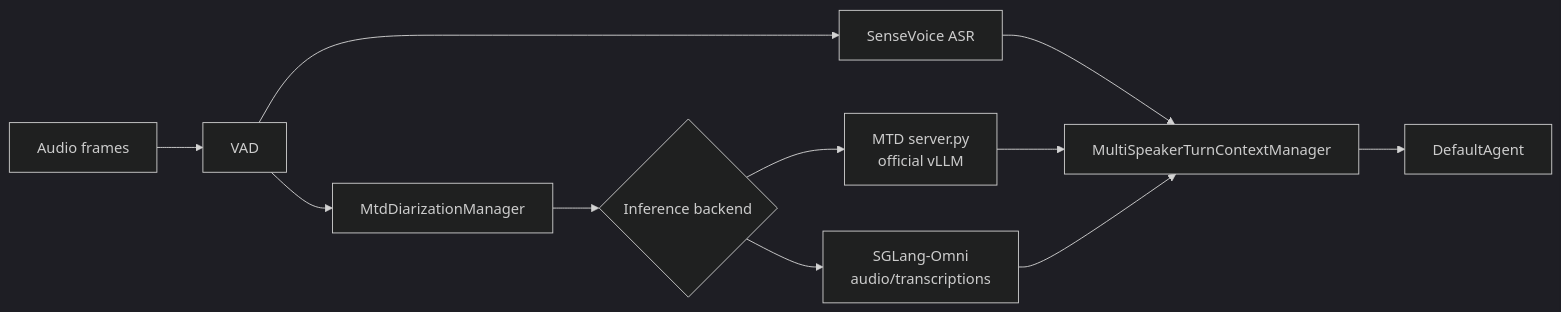
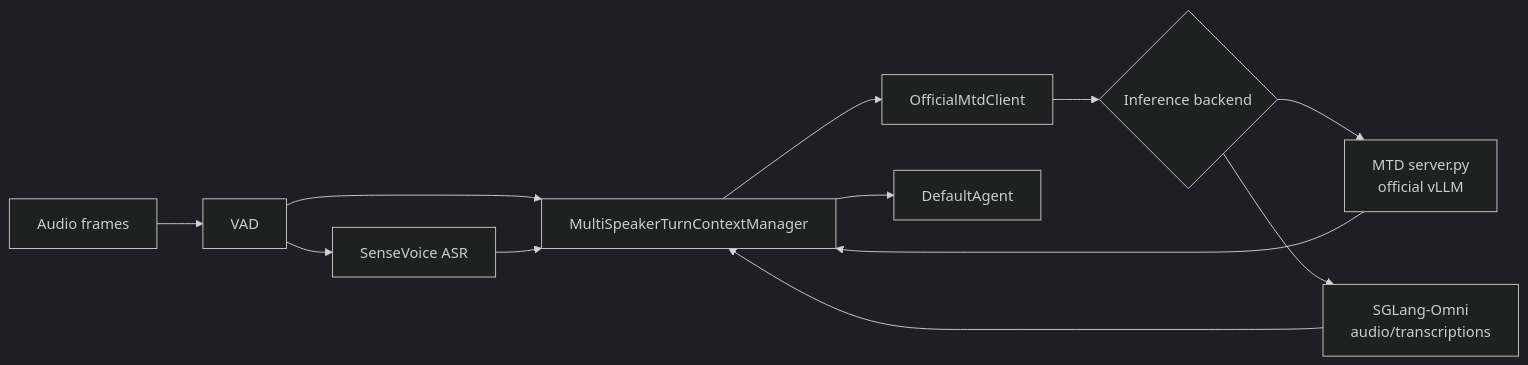
One commit to xcc-zach/xtalk changed the diagram in docs/docs/mtd_multi_speaker_quickstart.md. Above: the diagram before and after it, drawn with Mermaid (dark theme). The commit also changed other lines of this file and 1 other file, not shown here.

First line of the commit message:
docs: update MTD diarization architecture guide

````diff
--- a/docs/docs/mtd_multi_speaker_quickstart.md
+++ b/docs/docs/mtd_multi_speaker_quickstart.md
@@ -5,13 +5,14 @@
 ```mermaid
 flowchart LR
     Audio[Audio frames] --> VAD[VAD]
     VAD --> ASR[SenseVoice ASR]
-    VAD --> MTD[MtdDiarizationManager]
-    MTD --> Backend{Inference backend}
+    VAD --> Multi[MultiSpeakerTurnContextManager]
+    Multi --> Model[OfficialMtdClient]
+    Model --> Backend{Inference backend}
     Backend --> VLLM[MTD server.py<br/>official vLLM]
     Backend --> SGLang[SGLang-Omni<br/>audio/transcriptions]
-    ASR --> Join[MultiSpeakerTurnContextManager]
-    VLLM --> Join
-    SGLang --> Join
-    Join --> Agent[DefaultAgent]
+    ASR --> Multi
+    VLLM --> Multi
+    SGLang --> Multi
+    Multi --> Agent[DefaultAgent]
 ```
````
